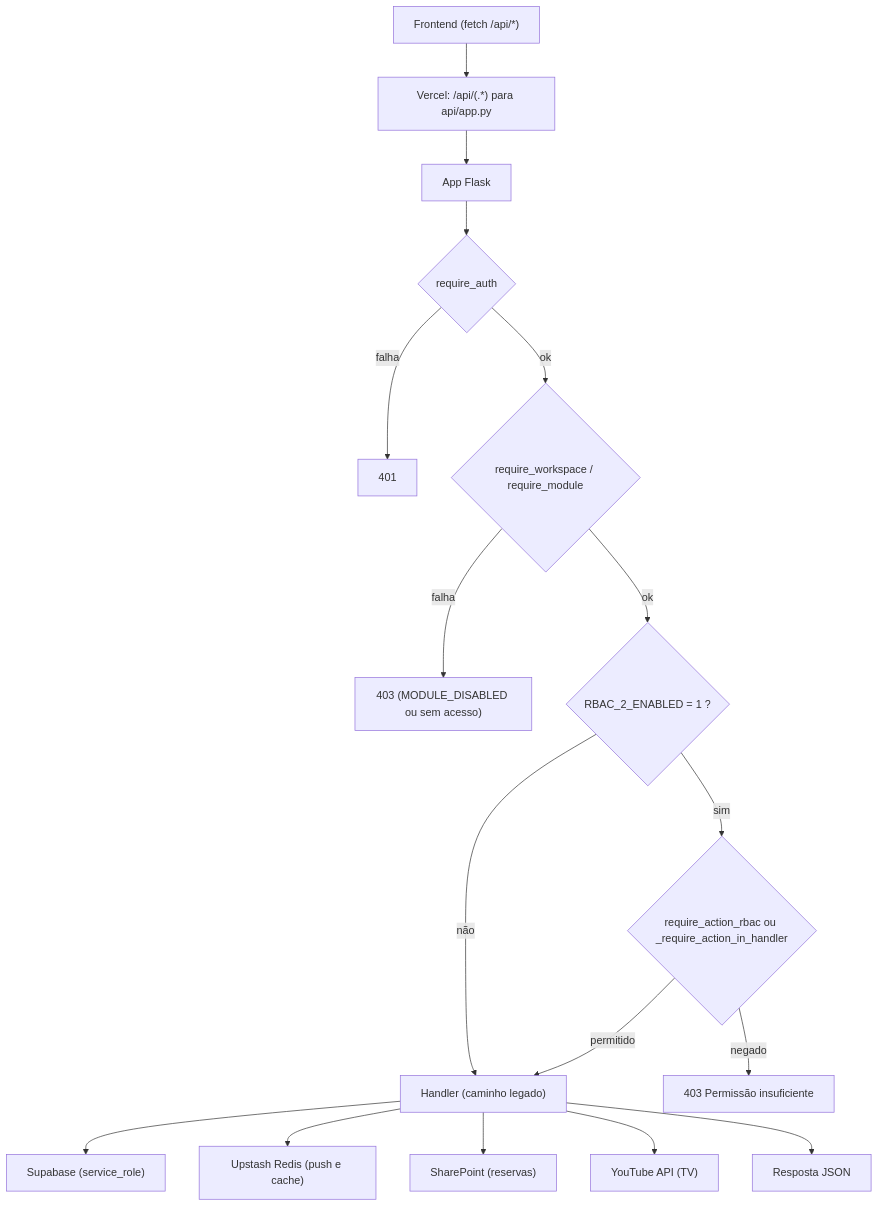
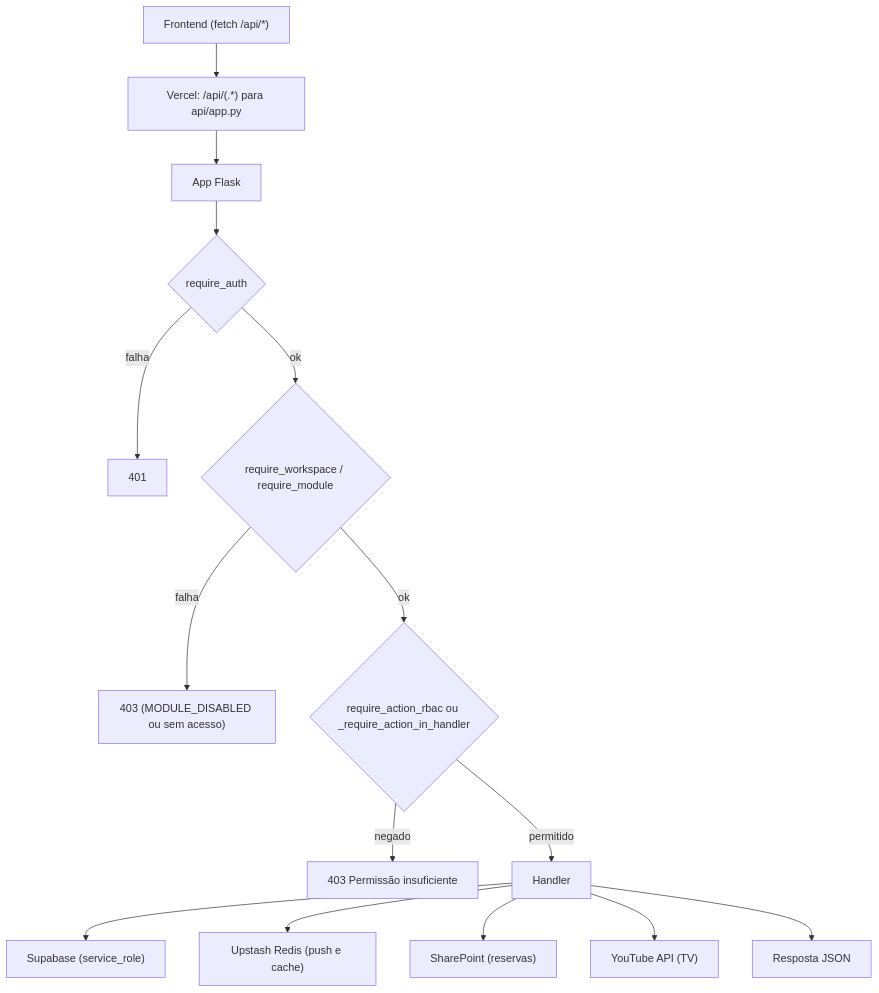
Before and after one commit to vihisantos/LabHub: the first of 2 diagrams in docs/platform/architecture/backend.md, drawn with Mermaid. The commit also changed other lines of this file and 22 other files, not shown here.

````diff
--- a/docs/platform/architecture/backend.md
+++ b/docs/platform/architecture/backend.md
@@ -28,19 +28,17 @@
 ```mermaid
 flowchart TD
     F["Frontend (fetch /api/*)"] --> V["Vercel: /api/(.*) para api/app.py"]
     V --> FL["App Flask"]
     FL --> A{"require_auth"}
     A -->|falha| E401["401"]
     A -->|ok| W{"require_workspace / require_module"}
     W -->|falha| E403["403 (MODULE_DISABLED ou sem acesso)"]
-    W -->|ok| R{"RBAC_2_ENABLED = 1 ?"}
-    R -->|não| H["Handler (caminho legado)"]
-    R -->|sim| AC{"require_action_rbac ou _require_action_in_handler"}
+    W -->|ok| AC{"require_action_rbac ou _require_action_in_handler"}
     AC -->|negado| E403B["403 Permissão insuficiente"]
-    AC -->|permitido| H
+    AC -->|permitido| H["Handler"]
     H --> SB["Supabase (service_role)"]
     H --> RD["Upstash Redis (push e cache)"]
     H --> SP["SharePoint (reservas)"]
     H --> YT["YouTube API (TV)"]
     H --> RESP["Resposta JSON"]
 ```
````
